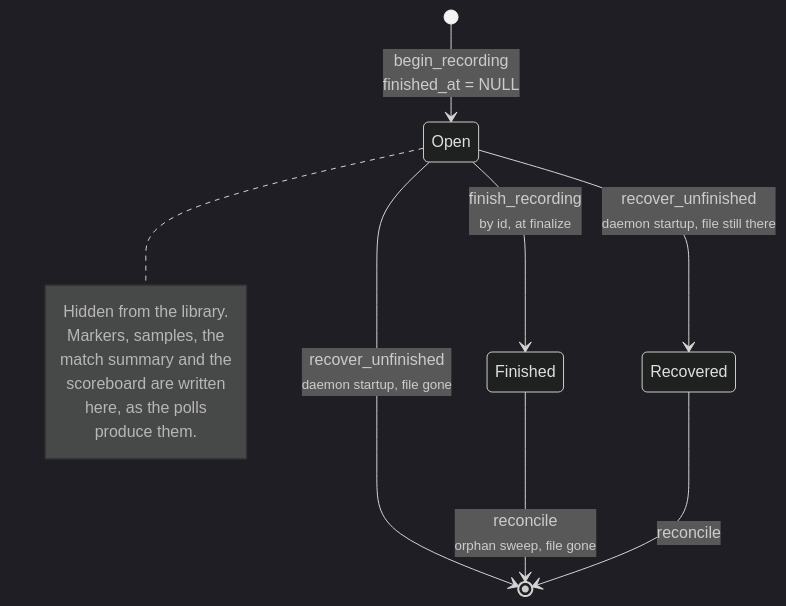
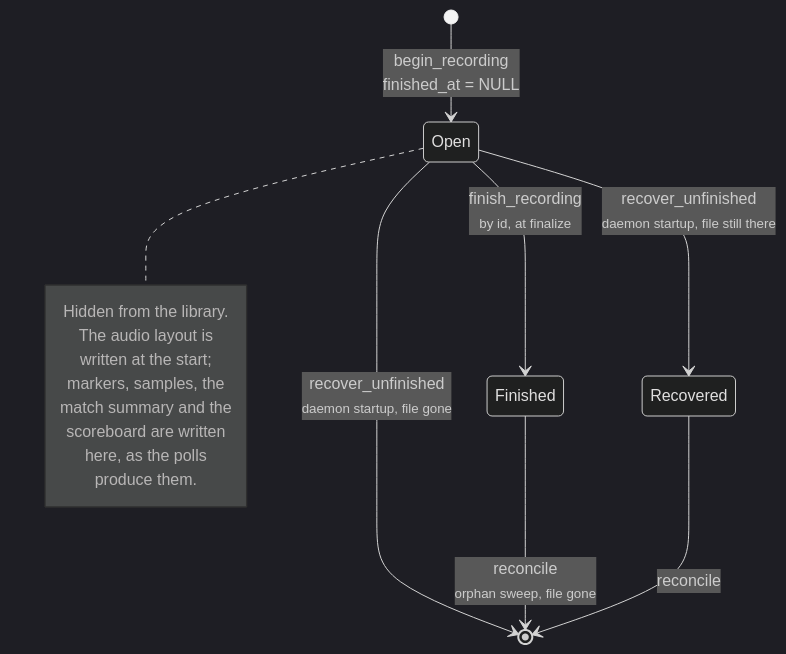
The second of 5 diagrams in docs/data-model.md (NinjaGoldfinch/ninja-recorder), drawn with Mermaid (dark theme) before and after one commit. The commit also changed other lines of this file and 13 other files, not shown here.

First line of the commit message:
fix(recorder): store the audio layout when the recording row is opened (#312)

````diff
--- a/docs/data-model.md
+++ b/docs/data-model.md
@@ -546,17 +556,19 @@
 ```mermaid
 stateDiagram-v2
     [*] --> Open: begin_recording<br/>finished_at = NULL
     Open --> Finished: finish_recording<br/><small>by id, at finalize</small>
     Open --> Recovered: recover_unfinished<br/><small>daemon startup, file still there</small>
     Open --> [*]: recover_unfinished<br/><small>daemon startup, file gone</small>
     Finished --> [*]: reconcile<br/><small>orphan sweep, file gone</small>
     Recovered --> [*]: reconcile
     note right of Open
         Hidden from the library.
-        Markers, samples, the
+        The audio layout is
+        written at the start;
+        markers, samples, the
         match summary and the
         scoreboard are written
         here, as the polls
         produce them.
     end note
 ```
````
